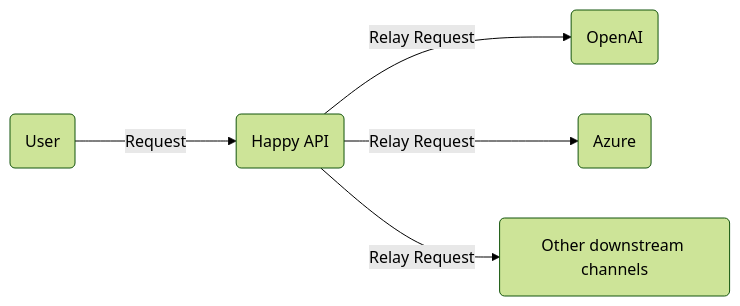
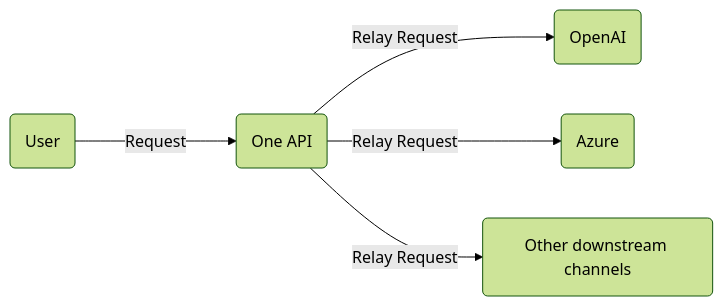
The diagram in README.en.md (HappyMC-Develop/neweb-api), drawn with Mermaid (forest theme) before and after one commit. The commit also changed other lines of this file and 52 other files, not shown here.

````diff
--- a/README.en.md
+++ b/README.en.md
@@ -245,8 +245,8 @@
 ```mermaid
 graph LR
     A(User)
-    A --->|Request| B(Happy API)
+    A --->|Request| B(One API)
     B -->|Relay Request| C(OpenAI)
     B -->|Relay Request| D(Azure)
     B -->|Relay Request| E(Other downstream channels)
 ```
````
